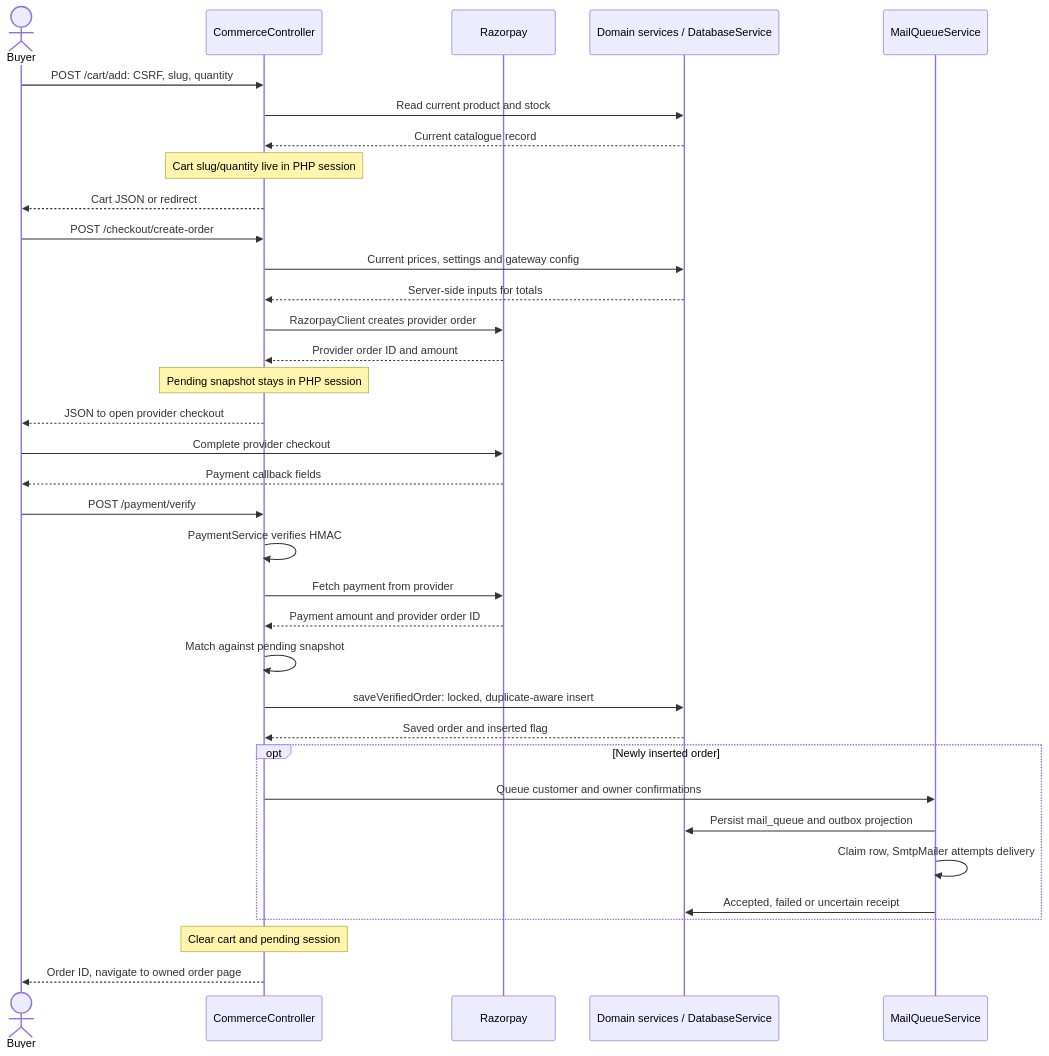
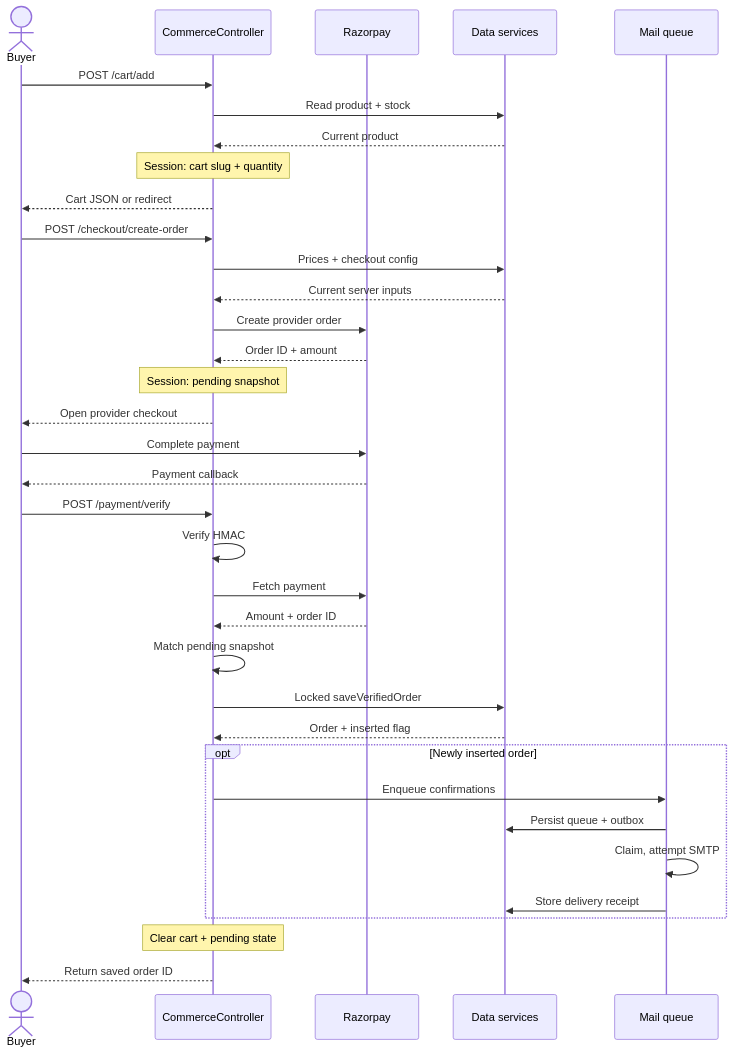
The third of 9 diagrams in README.md (bapxmediahub/bapXphpAiBackend), drawn with Mermaid before and after one commit. The commit also changed other lines of this file, not shown here.

Commit message:
docs: shorten sequence labels while preserving source detail

````diff
--- a/README.md
+++ b/README.md
@@ -170,39 +170,39 @@
 ```mermaid
 sequenceDiagram
   actor Buyer
   participant Web as CommerceController
   participant Gateway as Razorpay
-  participant Store as Domain services / DatabaseService
-  participant Mail as MailQueueService
+  participant Store as Data services
+  participant Mail as Mail queue
 
-  Buyer->>Web: POST /cart/add: CSRF, slug, quantity
-  Web->>Store: Read current product and stock
-  Store-->>Web: Current catalogue record
-  Note over Web: Cart slug/quantity live in PHP session
+  Buyer->>Web: POST /cart/add
+  Web->>Store: Read product + stock
+  Store-->>Web: Current product
+  Note over Web: Session: cart slug + quantity
   Web-->>Buyer: Cart JSON or redirect
 
   Buyer->>Web: POST /checkout/create-order
-  Web->>Store: Current prices, settings and gateway config
-  Store-->>Web: Server-side inputs for totals
-  Web->>Gateway: RazorpayClient creates provider order
-  Gateway-->>Web: Provider order ID and amount
-  Note over Web: Pending snapshot stays in PHP session
-  Web-->>Buyer: JSON to open provider checkout
-  Buyer->>Gateway: Complete provider checkout
-  Gateway-->>Buyer: Payment callback fields
+  Web->>Store: Prices + checkout config
+  Store-->>Web: Current server inputs
+  Web->>Gateway: Create provider order
+  Gateway-->>Web: Order ID + amount
+  Note over Web: Session: pending snapshot
+  Web-->>Buyer: Open provider checkout
+  Buyer->>Gateway: Complete payment
+  Gateway-->>Buyer: Payment callback
   Buyer->>Web: POST /payment/verify
-  Web->>Web: PaymentService verifies HMAC
-  Web->>Gateway: Fetch payment from provider
-  Gateway-->>Web: Payment amount and provider order ID
-  Web->>Web: Match against pending snapshot
-  Web->>Store: saveVerifiedOrder: locked, duplicate-aware insert
-  Store-->>Web: Saved order and inserted flag
+  Web->>Web: Verify HMAC
+  Web->>Gateway: Fetch payment
+  Gateway-->>Web: Amount + order ID
+  Web->>Web: Match pending snapshot
+  Web->>Store: Locked saveVerifiedOrder
+  Store-->>Web: Order + inserted flag
   opt Newly inserted order
-    Web->>Mail: Queue customer and owner confirmations
-    Mail->>Store: Persist mail_queue and outbox projection
-    Mail->>Mail: Claim row, SmtpMailer attempts delivery
-    Mail->>Store: Accepted, failed or uncertain receipt
+    Web->>Mail: Enqueue confirmations
+    Mail->>Store: Persist queue + outbox
+    Mail->>Mail: Claim, attempt SMTP
+    Mail->>Store: Store delivery receipt
   end
-  Note over Web: Clear cart and pending session
-  Web-->>Buyer: Order ID, navigate to owned order page
+  Note over Web: Clear cart + pending state
+  Web-->>Buyer: Return saved order ID
 ```
````
